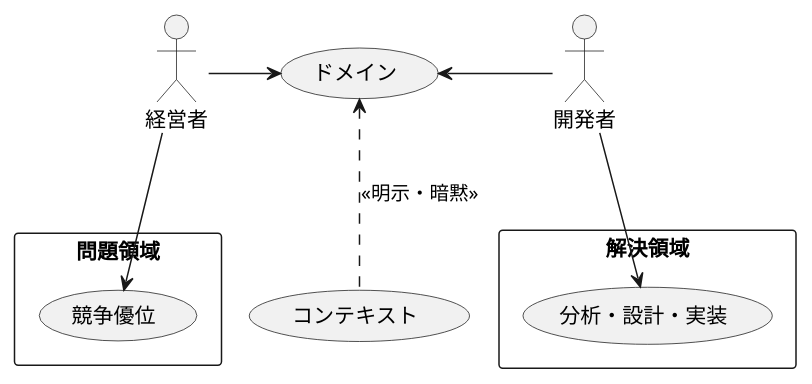
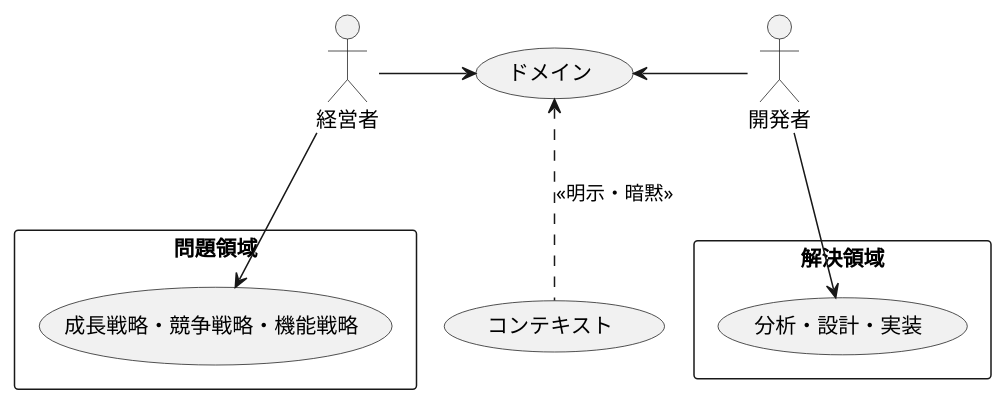
Diagram 18 of 19 in docs/slides/episode03.md (k2works/pragmatic-presentation-exercise-2024), drawn with PlantUML before and after one commit. The commit also changed other lines of this file, not shown here.

````diff
--- a/docs/slides/episode03.md
+++ b/docs/slides/episode03.md
@@ -666,20 +687,20 @@
 ```plantuml
 @startuml
 
 actor "経営者" as Biz
 actor "開発者" as Dev
 
 rectangle "問題領域" {
-Biz --> (競争優位)
+Biz --> (成長戦略・競争戦略・機能戦略)
 }
 Biz -> (ドメイン)
 
 rectangle "解決領域" {
 Dev --> (分析・設計・実装)
 }
 (ドメイン) <- Dev
 
 (ドメイン) <.. (コンテキスト)  : <<明示・暗黙>>
 
 @enduml
 ```
````
